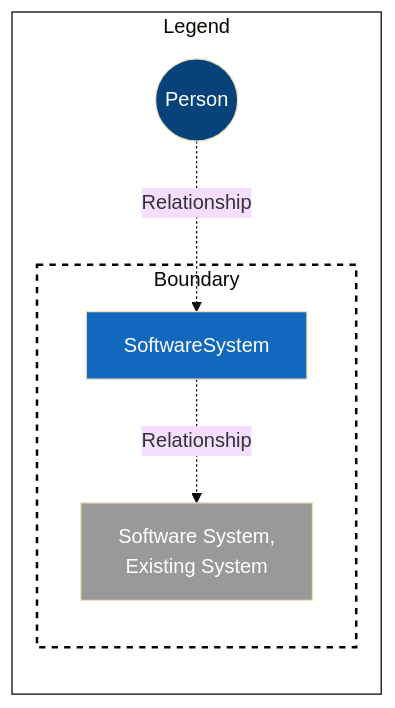
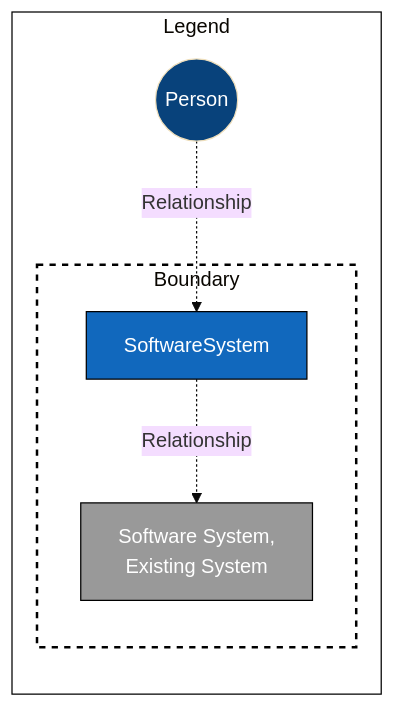
One commit to sebastian-bergt/c4model_mermaid changed the diagram in README.md. Above: the diagram before and after it, drawn with Mermaid (base theme).

Commit message:
Update README.md
updated Context existing and software stroke color

````diff
--- a/README.md
+++ b/README.md
@@ -8,26 +8,26 @@
 ```mermaid
 graph LR
     %% C4 style classes c4model.com %%
     classDef person fill:#08427b,color:#FFF;
-    classDef software fill:#1168bd,color:#FFF;
-    classDef existing fill:#999999,color:#FFF;
+    classDef software fill:#1168bd,stroke:#000,color:#FFF;
+    classDef existing fill:#999999,stroke:#000,color:#FFF;
     classDef boundary fill:#FFF,stroke:#000,stroke-width:2px,stroke-dasharray: 5 5;
     classDef frame fill:#FFF,stroke:#000
 
     %% nodes %%
     Person((Person)):::person
     SoftwareSystem:::software
     ExistingSystem["Software System,<br>Existing System"]:::existing
 
     %% connections and boundaries %%
     
     subgraph Legend
         Person-.->|Relationship| SoftwareSystem
         subgraph Boundary
             
             SoftwareSystem-.->|Relationship| ExistingSystem
         end
         class Boundary boundary
     end
     class Legend frame
 ```
````
